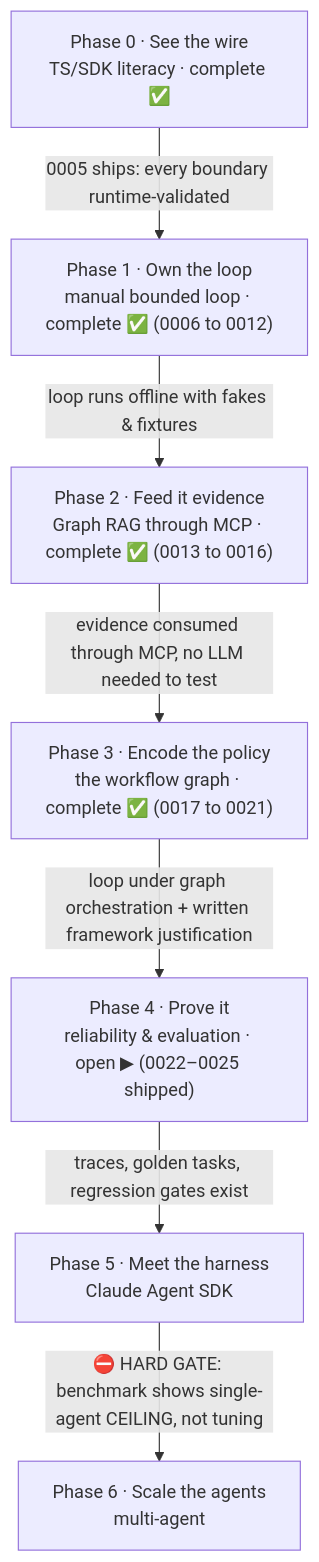
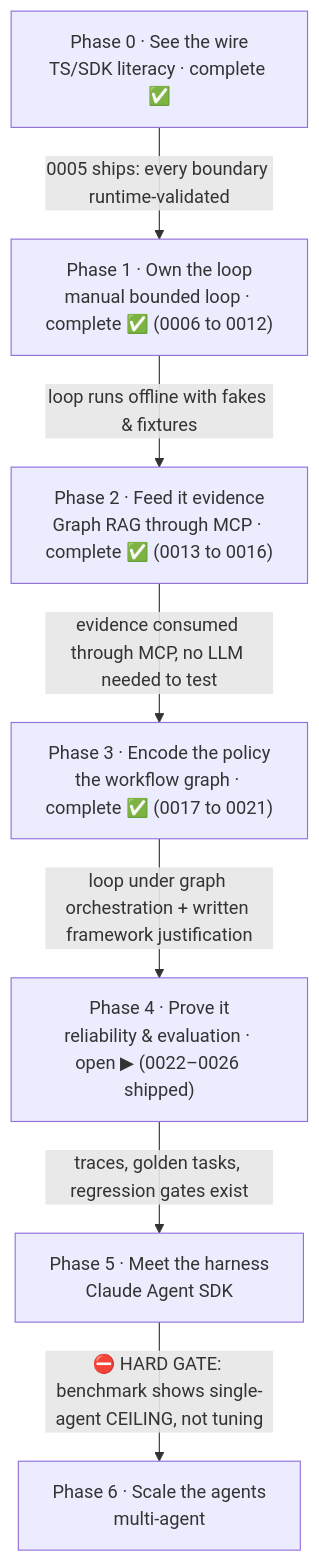
Before and after one commit to JozsefKiss90/TS: the first of 7 diagrams in wiki/course/course-module-graph.md, drawn with Mermaid. The commit also changed other lines of this file and 19 other files, not shown here.

````diff
--- a/wiki/course/course-module-graph.md
+++ b/wiki/course/course-module-graph.md
@@ -17,16 +17,16 @@
 ```mermaid
 flowchart TD
     P0["Phase 0 · See the wire<br/>TS/SDK literacy · complete ✅"]
     P1["Phase 1 · Own the loop<br/>manual bounded loop · complete ✅ (0006 to 0012)"]
     P2["Phase 2 · Feed it evidence<br/>Graph RAG through MCP · complete ✅ (0013 to 0016)"]
     P3["Phase 3 · Encode the policy<br/>the workflow graph · complete ✅ (0017 to 0021)"]
-    P4["Phase 4 · Prove it<br/>reliability & evaluation · open ▶ (0022–0025 shipped)"]
+    P4["Phase 4 · Prove it<br/>reliability & evaluation · open ▶ (0022–0026 shipped)"]
     P5["Phase 5 · Meet the harness<br/>Claude Agent SDK"]
     P6["Phase 6 · Scale the agents<br/>multi-agent"]
     P0 -->|"0005 ships: every boundary runtime-validated"| P1
     P1 -->|"loop runs offline with fakes & fixtures"| P2
     P2 -->|"evidence consumed through MCP, no LLM needed to test"| P3
     P3 -->|"loop under graph orchestration + written framework justification"| P4
     P4 -->|"traces, golden tasks, regression gates exist"| P5
     P5 -->|"⛔ HARD GATE: benchmark shows single-agent CEILING, not tuning"| P6
 ```
````
